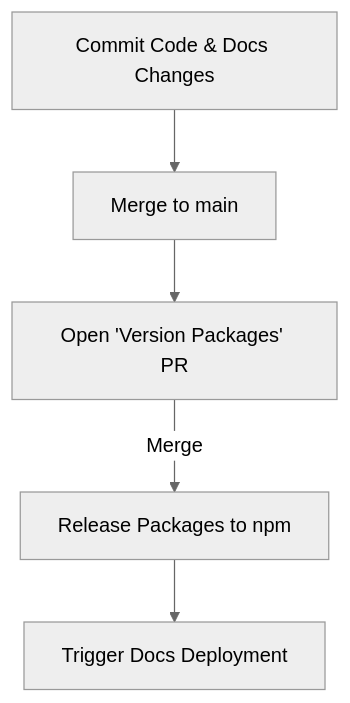
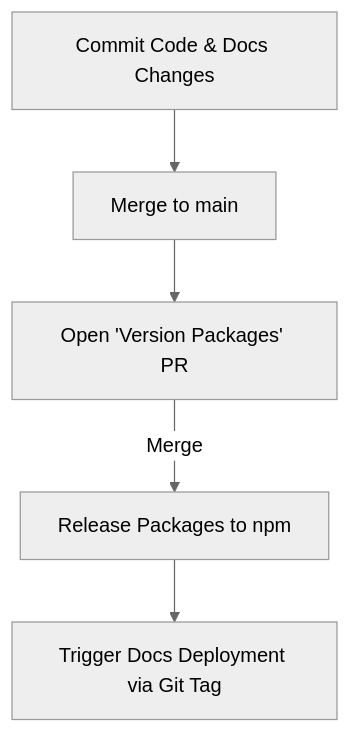
The fourth of 7 diagrams in docs/adr/0006-branching-and-release-flow.md (yamcodes/arkenv), drawn with Mermaid (neutral theme) before and after one commit. The commit also changed other lines of this file, not shown here.

Commit message:
docs: update ADR 0006 to clarify the dual-branch release flow and documentation hotfix procedure

````diff
--- a/docs/adr/0006-branching-and-release-flow.md
+++ b/docs/adr/0006-branching-and-release-flow.md
@@ -71,7 +73,7 @@
 ```mermaid
 graph TD
     A[Commit Code & Docs Changes] --> B[Merge to main]
     B --> C["Open 'Version Packages' PR"]
     C -->|Merge| D[Release Packages to npm]
-    D --> E[Trigger Docs Deployment]
+    D --> E[Trigger Docs Deployment via Git Tag]
 ```
````
